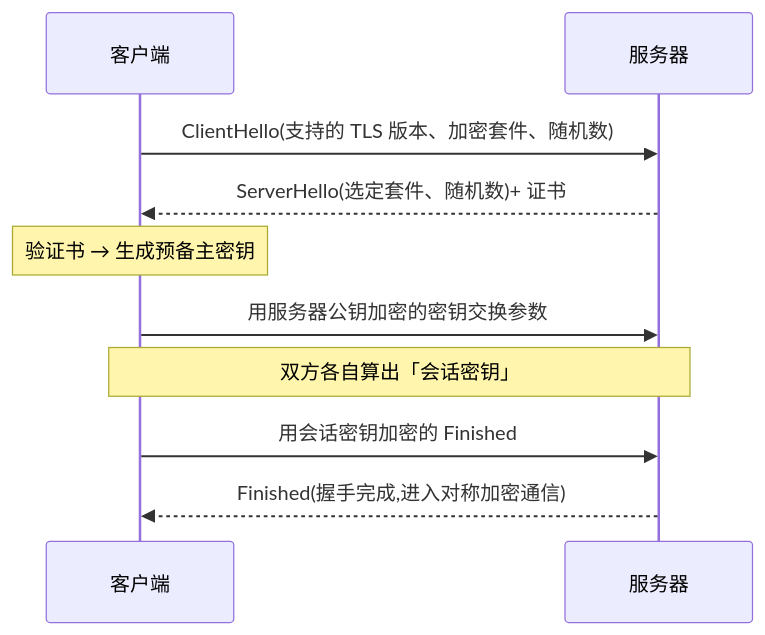
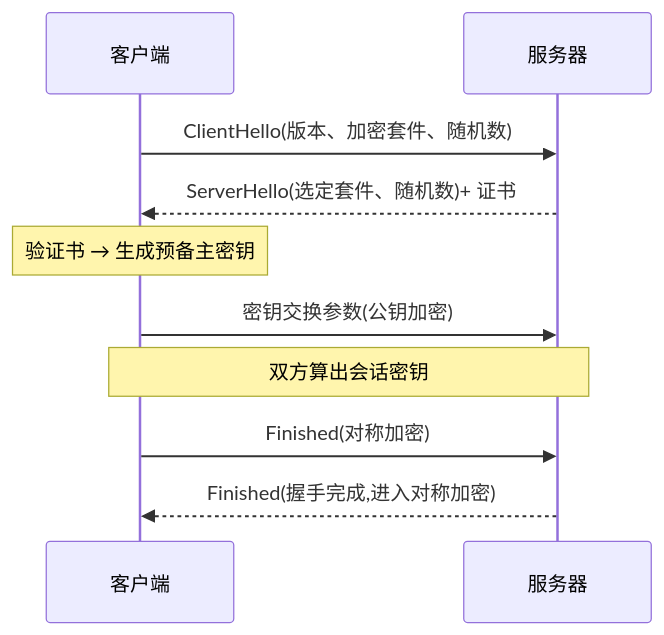
One commit to inspire-man/frontend-knowledge-base changed the third of 3 diagrams in frontend-knowledge-base/卷四-网络与通信/4.4-HTTPS与TLS.md. Above: the diagram before and after it, drawn with Mermaid. The commit also changed other lines of this file and 1 other file, not shown here.

````diff
--- a/frontend-knowledge-base/卷四-网络与通信/4.4-HTTPS与TLS.md
+++ b/frontend-knowledge-base/卷四-网络与通信/4.4-HTTPS与TLS.md
@@ -69,12 +62,12 @@
 ```mermaid
 sequenceDiagram
     participant C as 客户端
     participant S as 服务器
-    C->>S: ClientHello(支持的 TLS 版本、加密套件、随机数)
+    C->>S: ClientHello(版本、加密套件、随机数)
     S-->>C: ServerHello(选定套件、随机数)+ 证书
     Note over C: 验证书 → 生成预备主密钥
-    C->>S: 用服务器公钥加密的密钥交换参数
-    Note over C,S: 双方各自算出「会话密钥」
-    C->>S: 用会话密钥加密的 Finished
-    S-->>C: Finished(握手完成,进入对称加密通信)
+    C->>S: 密钥交换参数(公钥加密)
+    Note over C,S: 双方算出会话密钥
+    C->>S: Finished(对称加密)
+    S-->>C: Finished(握手完成,进入对称加密)
 ```
````
